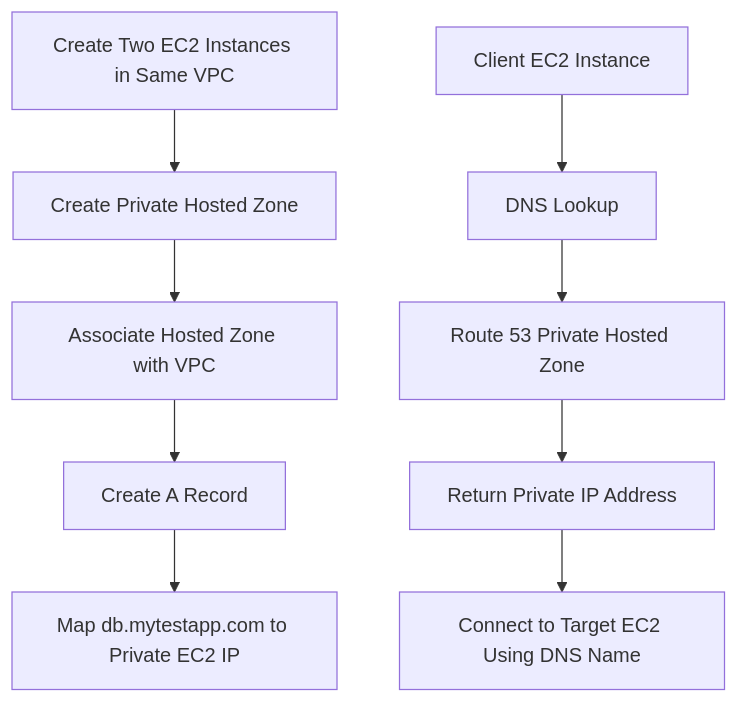
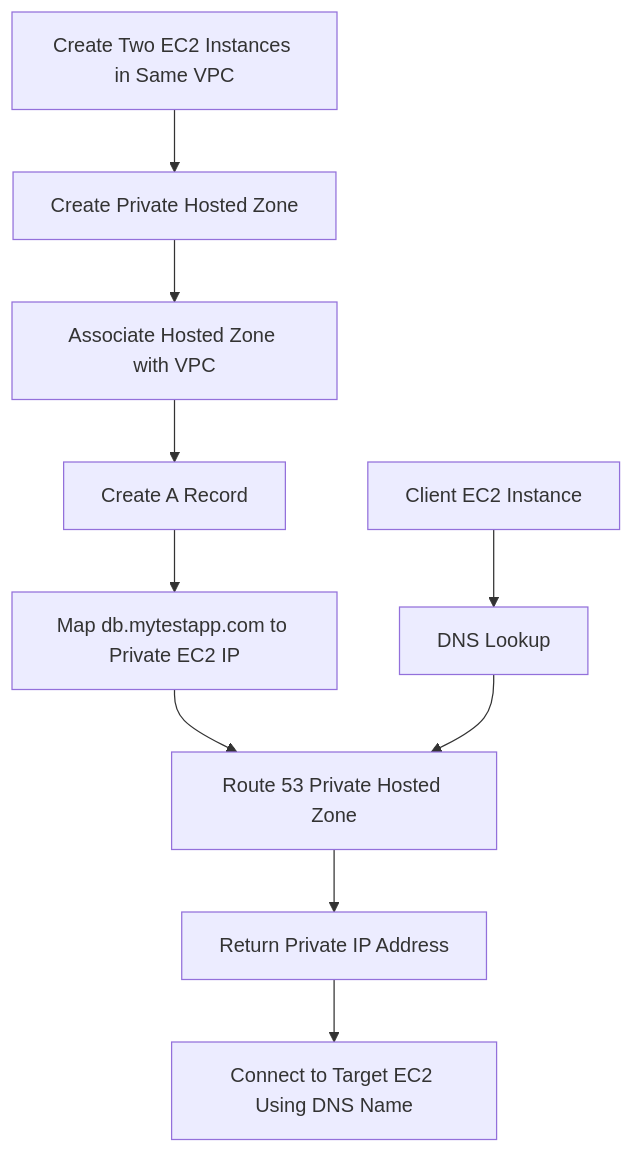
One commit to Viggy06/aws_devops_learning_documentation changed the diagram in docs/projects/17-route53-private-dns.md. Above: the diagram before and after it, drawn with Mermaid. The commit also changed 2 other files, not shown here.

Commit message:
flowchart changes

````diff
--- a/docs/projects/17-route53-private-dns.md
+++ b/docs/projects/17-route53-private-dns.md
@@ -19,12 +19,15 @@
 ```mermaid
 flowchart TD
     A["Create Two EC2 Instances in Same VPC"] --> B["Create Private Hosted Zone"]
     B --> C["Associate Hosted Zone with VPC"]
     C --> D["Create A Record"]
     D --> E["Map db.mytestapp.com to Private EC2 IP"]
 
     F["Client EC2 Instance"] --> G["DNS Lookup"]
-    G --> H["Route 53 Private Hosted Zone"]
+
+    E --> H["Route 53 Private Hosted Zone"]
+    G --> H
+
     H --> I["Return Private IP Address"]
     I --> J["Connect to Target EC2 Using DNS Name"]
 ```
````
